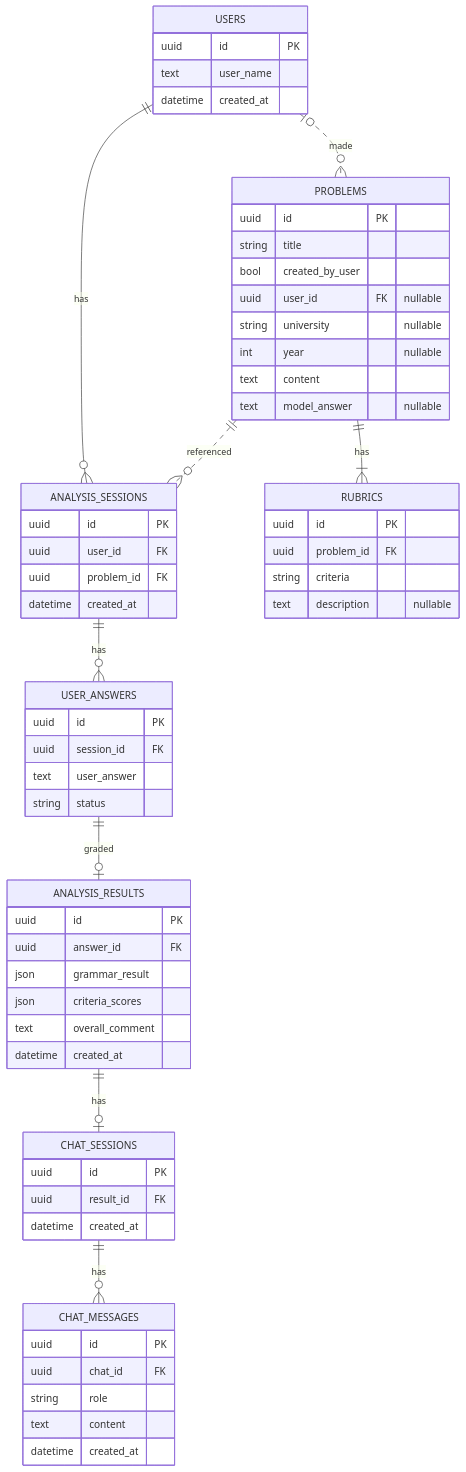
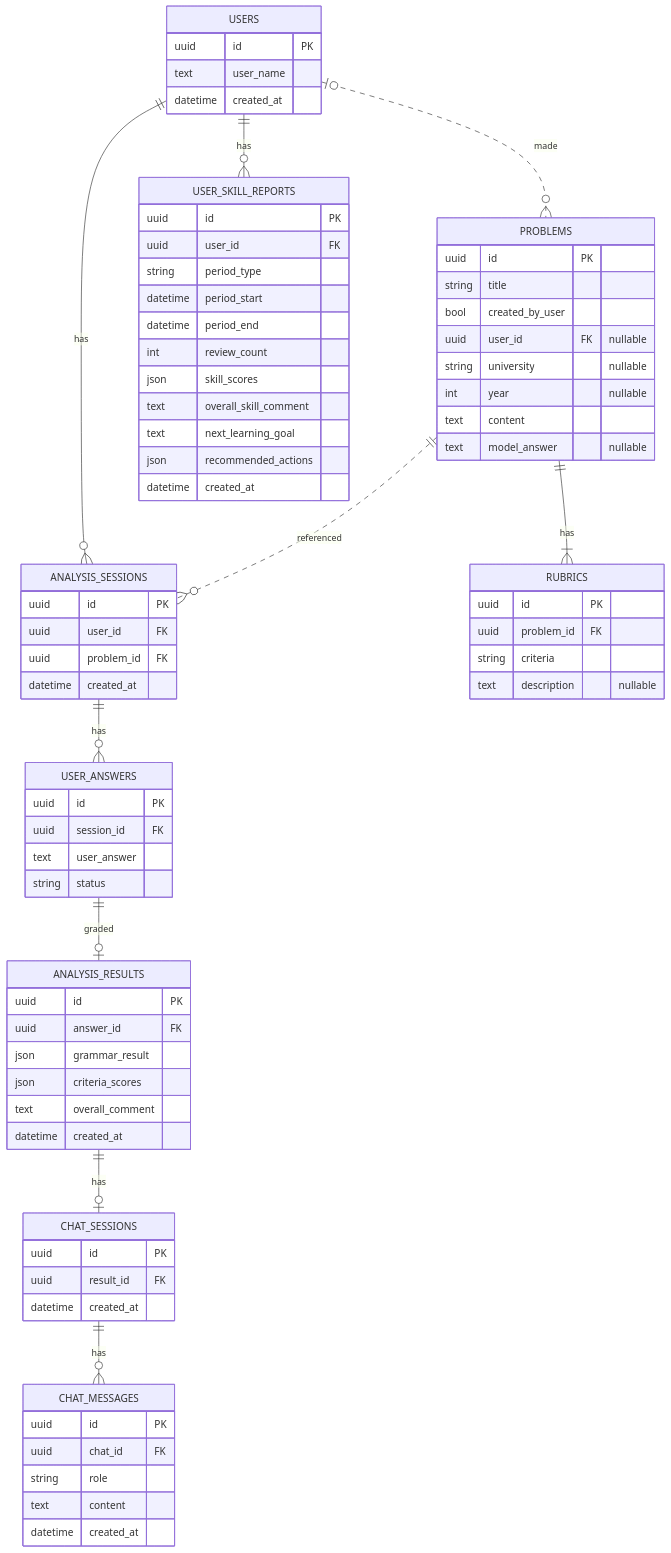
Before and after one commit to bookyoulove/paragraphy: the diagram in 설계문서/ERD.md, drawn with Mermaid.

Commit message:
erd 업데이트(종합 레포트 결과 저장)

```diff
--- a/설계문서/ERD.md
+++ b/설계문서/ERD.md
@@ -2,6 +2,7 @@
 erDiagram
     USERS ||--o{ ANALYSIS_SESSIONS : has
     USERS |o..o{ PROBLEMS : made
+    USERS ||--o{ USER_SKILL_REPORTS : has
     PROBLEMS ||--|{ RUBRICS : has
     ANALYSIS_SESSIONS ||--o{ USER_ANSWERS : has
     USER_ANSWERS ||--o| ANALYSIS_RESULTS : graded
@@ -56,6 +57,20 @@
         datetime created_at
     }
 
+    USER_SKILL_REPORTS {
+        uuid id PK
+        uuid user_id FK
+        string period_type
+        datetime period_start
+        datetime period_end
+        int review_count
+        json skill_scores
+        text overall_skill_comment
+        text next_learning_goal
+        json recommended_actions
+        datetime created_at
+    }
+
     CHAT_SESSIONS {
         uuid id PK
         uuid result_id FK
```
